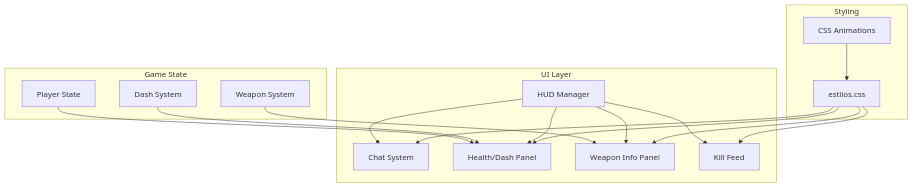
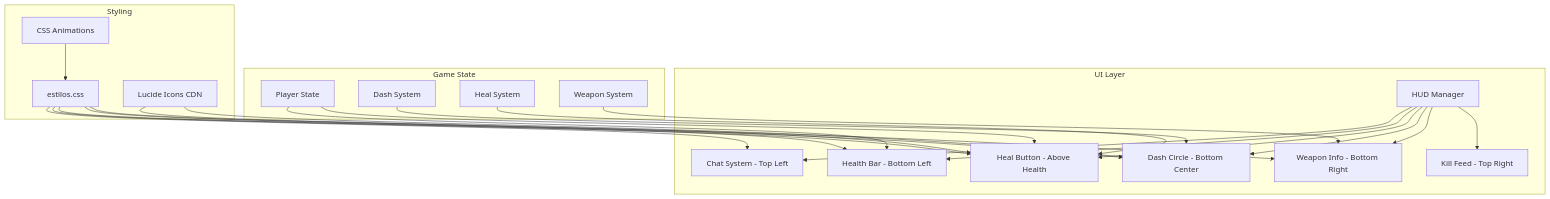
The diagram in .kiro/specs/rediseno-ui-fps/design.md (ChristopherDev2319/JuegoWeb), drawn with Mermaid before and after one commit. The commit also changed other lines of this file and 10 other files, not shown here.

Commit message:
feat: Rediseño UI estilo FPS moderno - HUD minimalista, chat mejorado, specs actualizadas

````diff
--- a/.kiro/specs/rediseno-ui-fps/design.md
+++ b/.kiro/specs/rediseno-ui-fps/design.md
@@ -15,36 +17,47 @@
 ```mermaid
 graph TB
     subgraph "UI Layer"
         HUD[HUD Manager]
-        Chat[Chat System]
-        Health[Health/Dash Panel]
-        Weapon[Weapon Info Panel]
-        KillFeed[Kill Feed]
+        Chat[Chat System - Top Left]
+        Health[Health Bar - Bottom Left]
+        HealBtn[Heal Button - Above Health]
+        DashCircle[Dash Circle - Bottom Center]
+        Weapon[Weapon Info - Bottom Right]
+        KillFeed[Kill Feed - Top Right]
     end
     
     subgraph "Game State"
         Player[Player State]
         Dash[Dash System]
+        Heal[Heal System]
         Weapons[Weapon System]
     end
     
     subgraph "Styling"
         CSS[estilos.css]
+        Lucide[Lucide Icons CDN]
         Animations[CSS Animations]
     end
     
     Player --> Health
-    Dash --> Health
+    Player --> HealBtn
+    Dash --> DashCircle
+    Heal --> HealBtn
     Weapons --> Weapon
     
     HUD --> Chat
     HUD --> Health
+    HUD --> HealBtn
+    HUD --> DashCircle
     HUD --> Weapon
     HUD --> KillFeed
     
     CSS --> Chat
     CSS --> Health
+    CSS --> HealBtn
+    CSS --> DashCircle
     CSS --> Weapon
-    CSS --> KillFeed
+    Lucide --> HealBtn
+    Lucide --> DashCircle
     Animations --> CSS
 ```
````
